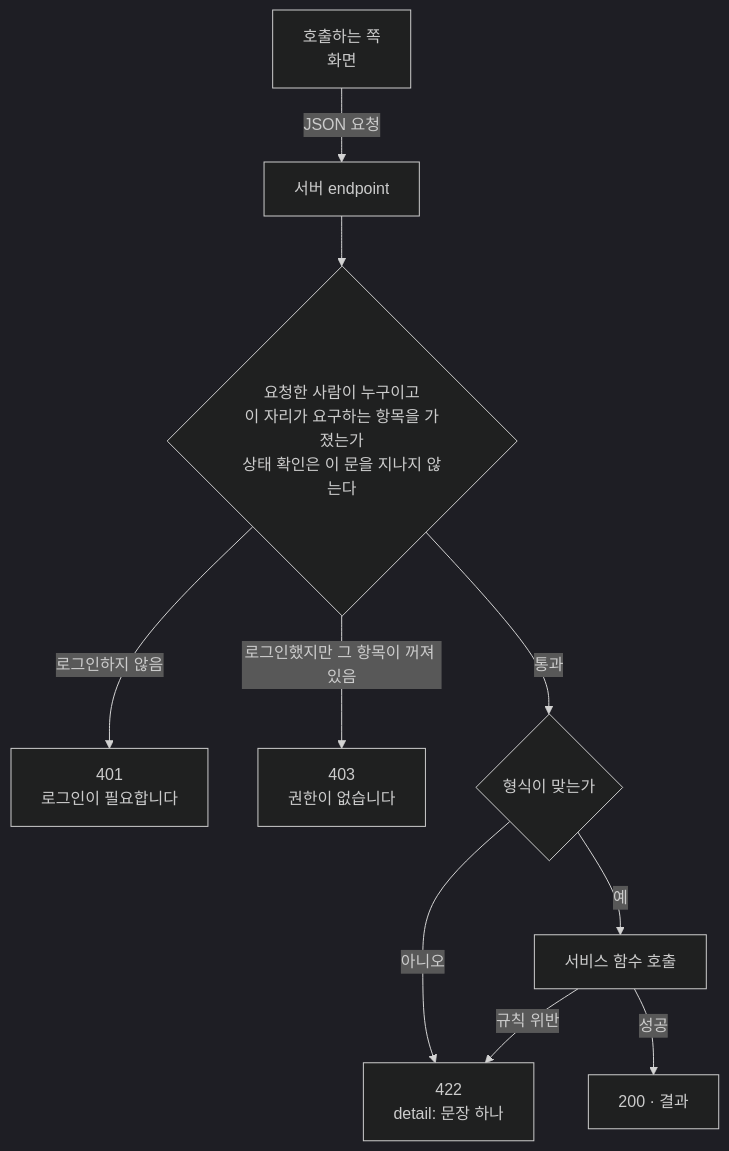
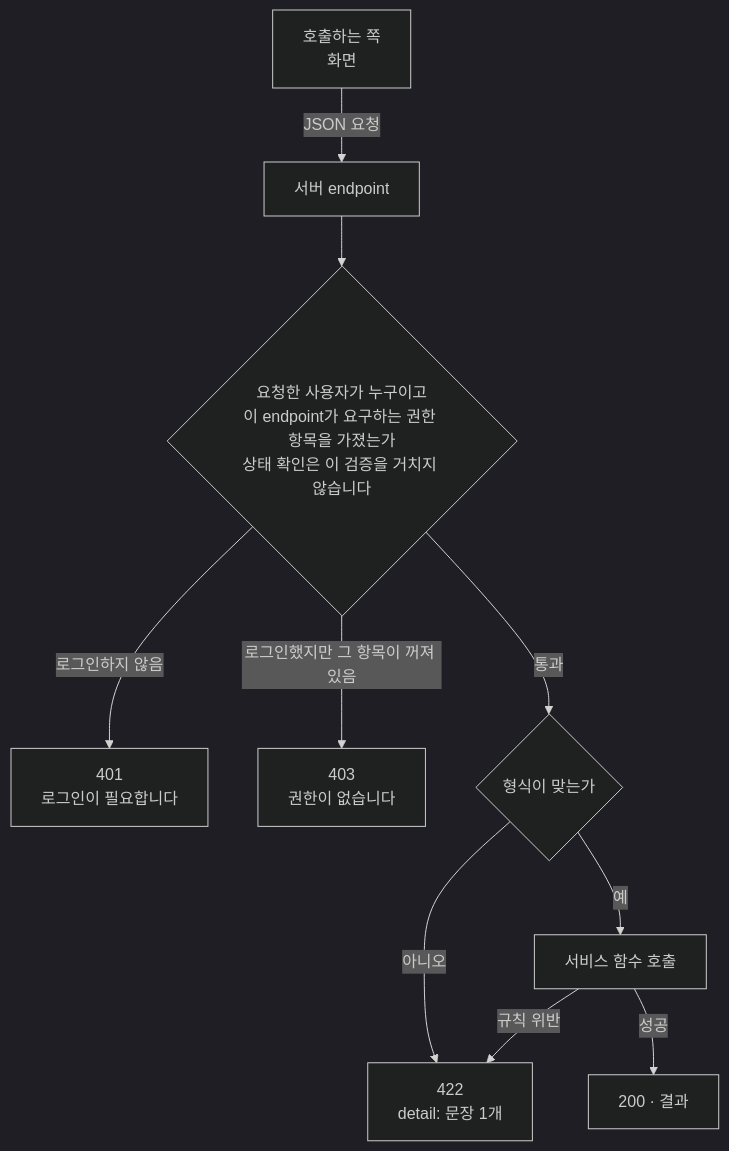
Before and after one commit to minkong-dev/Banblit: the diagram in .cluedoc/scheduling-api/README.md, drawn with Mermaid (dark theme). The commit also changed other lines of this file and 188 other files, not shown here.

````diff
--- a/.cluedoc/scheduling-api/README.md
+++ b/.cluedoc/scheduling-api/README.md
@@ -17,12 +17,12 @@
 ```mermaid
 flowchart TD
     C[호출하는 쪽<br/>화면] -->|JSON 요청| A[서버 endpoint]
-    A --> W{요청한 사람이 누구이고<br/>이 자리가 요구하는 항목을 가졌는가<br/>상태 확인은 이 문을 지나지 않는다}
+    A --> W{요청한 사용자가 누구이고<br/>이 endpoint가 요구하는 권한 항목을 가졌는가<br/>상태 확인은 이 검증을 거치지 않습니다}
     W -->|로그인하지 않음| R0["401<br/>로그인이 필요합니다"]
     W -->|로그인했지만 그 항목이 꺼져 있음| R3["403<br/>권한이 없습니다"]
     W -->|통과| S{형식이 맞는가}
-    S -->|아니오| R1["422<br/>detail: 문장 하나"]
+    S -->|아니오| R1["422<br/>detail: 문장 1개"]
     S -->|예| E[서비스 함수 호출]
     E -->|규칙 위반| R1
     E -->|성공| R2[200 · 결과]
 ```
````
